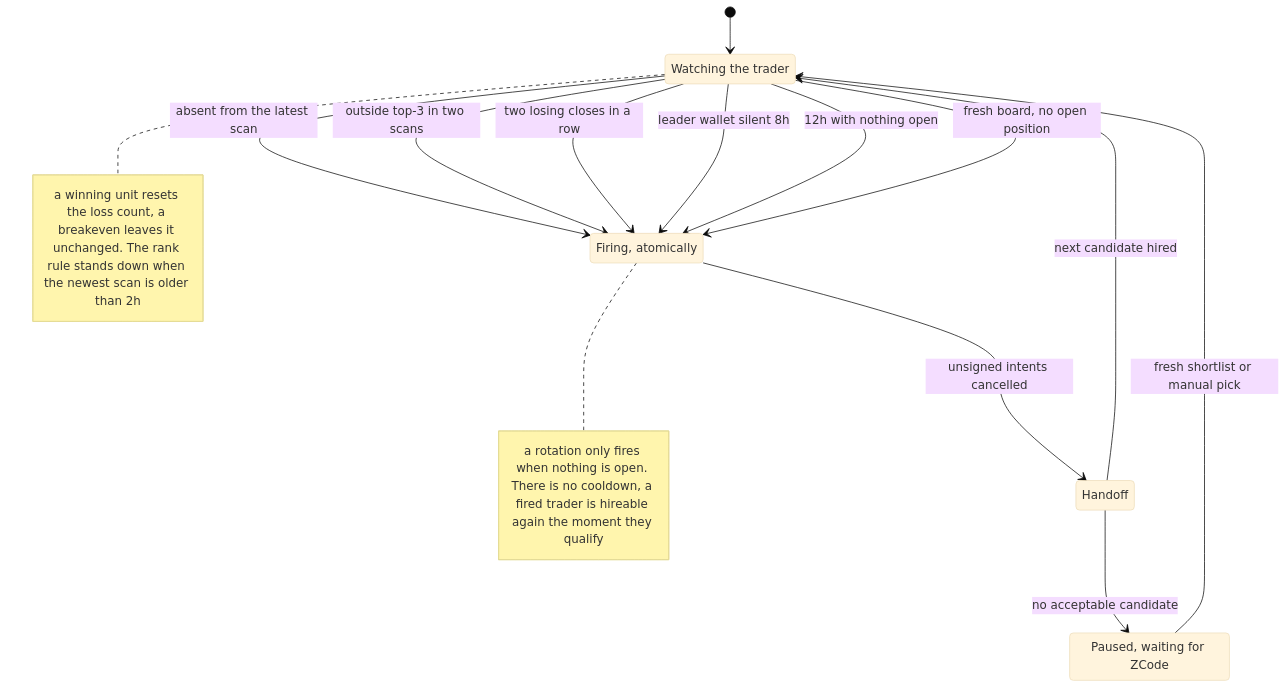
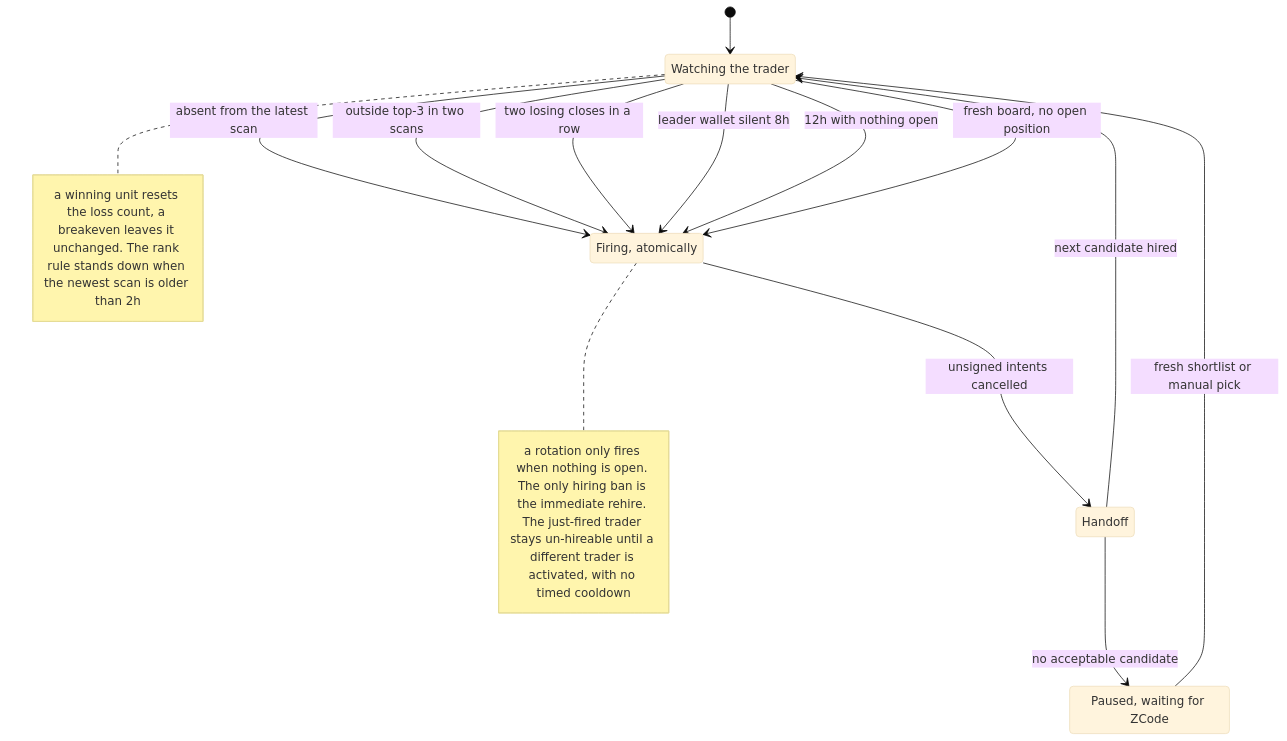
One commit to RuneL89/zcode-copytrade-bot changed the diagram in docs/diagrams/firing-handoff.mmd. Above: the diagram before and after it, drawn with Mermaid (base theme). The commit also changed 16 other files, not shown here.

First line of the commit message:
Just-fired exclusion: the only hiring ban after a fire

```diff
--- a/docs/diagrams/firing-handoff.mmd
+++ b/docs/diagrams/firing-handoff.mmd
@@ -1,19 +1,19 @@
 %% Render: ~/.zcode/tools/mermaid-render/render.sh -i firing-handoff.mmd -o ../images/firing-handoff.png -b white -s 2 -w 1600
 stateDiagram-v2
     [*] --> Watching
     Watching --> Firing: absent from the latest scan
     Watching --> Firing: outside top-3 in two scans
     Watching --> Firing: two losing closes in a row
     Watching --> Firing: leader wallet silent 8h
     Watching --> Firing: 12h with nothing open
     Watching --> Firing: fresh board, no open position
     Firing --> Handoff: unsigned intents cancelled
     Handoff --> Watching: next candidate hired
     Handoff --> Paused: no acceptable candidate
     Paused --> Watching: fresh shortlist or manual pick
     note right of Watching : a winning unit resets the loss count, a breakeven leaves it unchanged. The rank rule stands down when the newest scan is older than 2h
-    note right of Firing : a rotation only fires when nothing is open. There is no cooldown, a fired trader is hireable again the moment they qualify
+    note right of Firing : a rotation only fires when nothing is open. The only hiring ban is the immediate rehire. The just-fired trader stays un-hireable until a different trader is activated, with no timed cooldown
     state "Watching the trader" as Watching
     state "Firing, atomically" as Firing
     state "Handoff" as Handoff
     state "Paused, waiting for ZCode" as Paused
```
